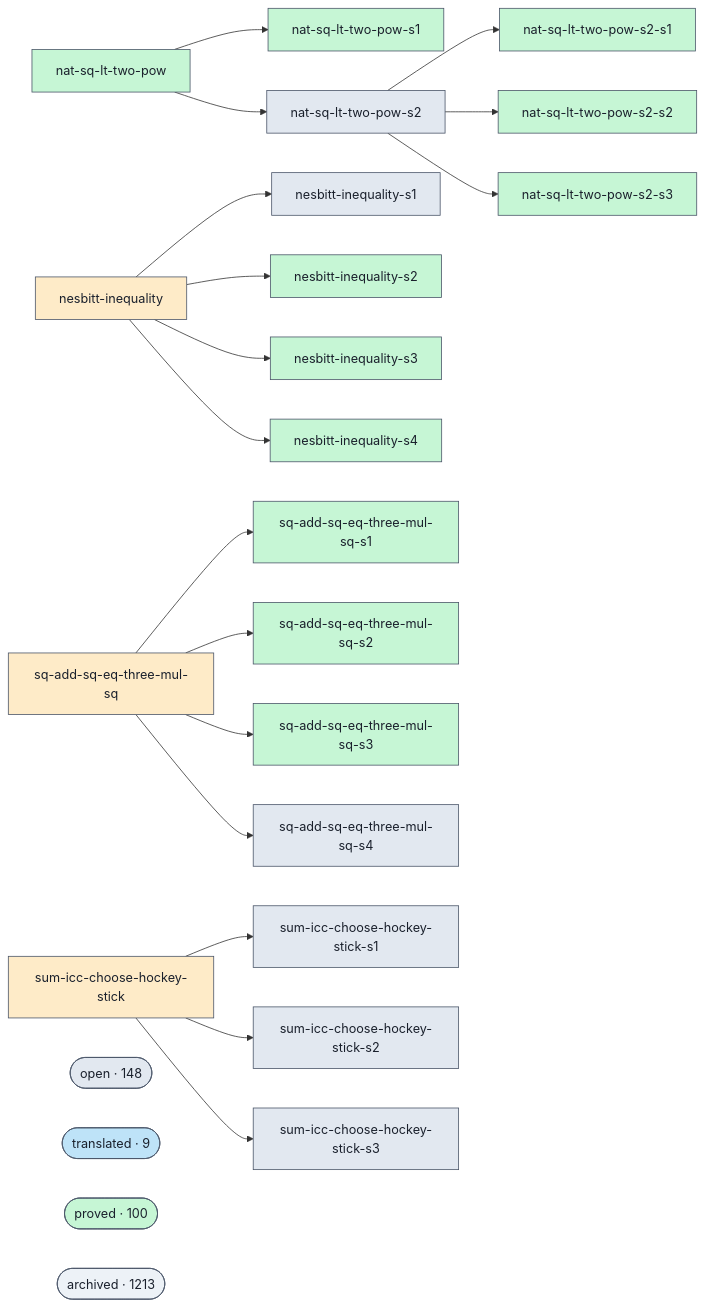
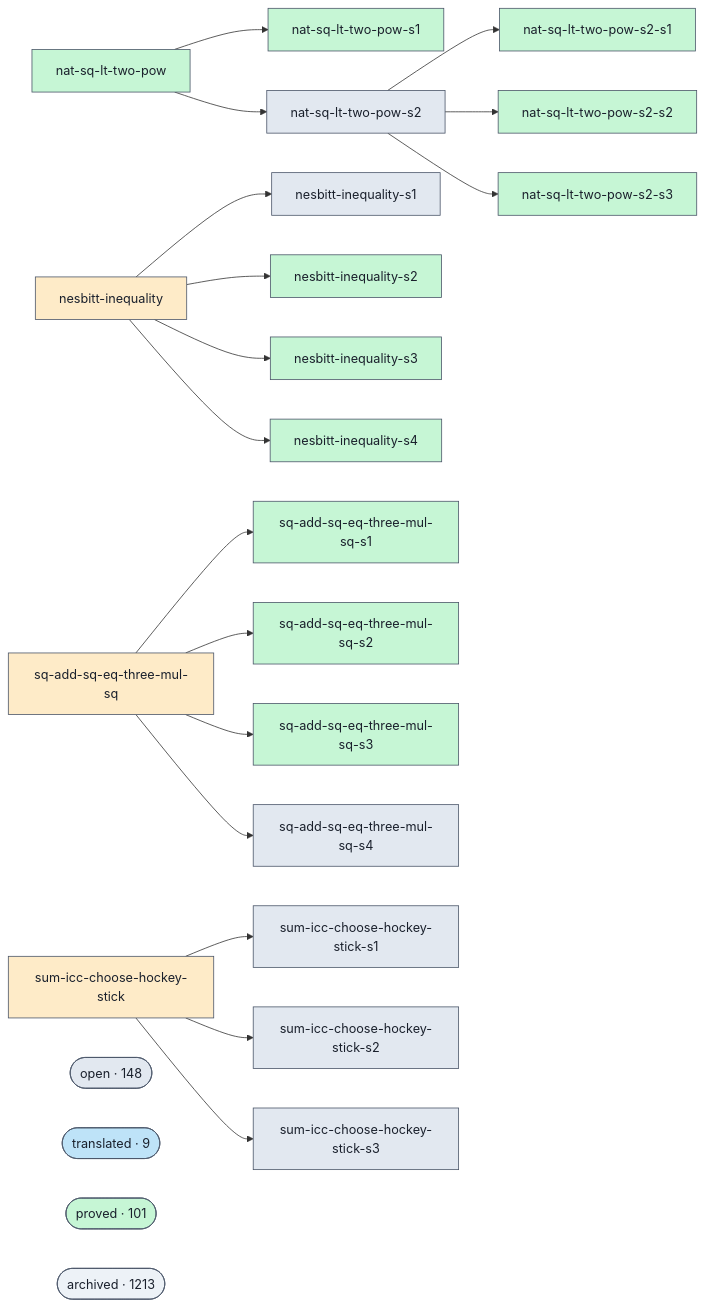
Before and after one commit to ohdearquant/unsorry: the diagram in docs/proofs-contributors-visualisation.md, drawn with Mermaid. The commit also changed other lines of this file and 2 other files, not shown here.

```diff
--- a/docs/proofs-contributors-visualisation.md
+++ b/docs/proofs-contributors-visualisation.md
@@ -102,7 +102,7 @@
   class cluster_open open;
   cluster_translated(["translated · 9"])
   class cluster_translated translated;
-  cluster_proved(["proved · 100"])
+  cluster_proved(["proved · 101"])
   class cluster_proved proved;
   cluster_archived(["archived · 1213"])
   class cluster_archived unknown;
```
